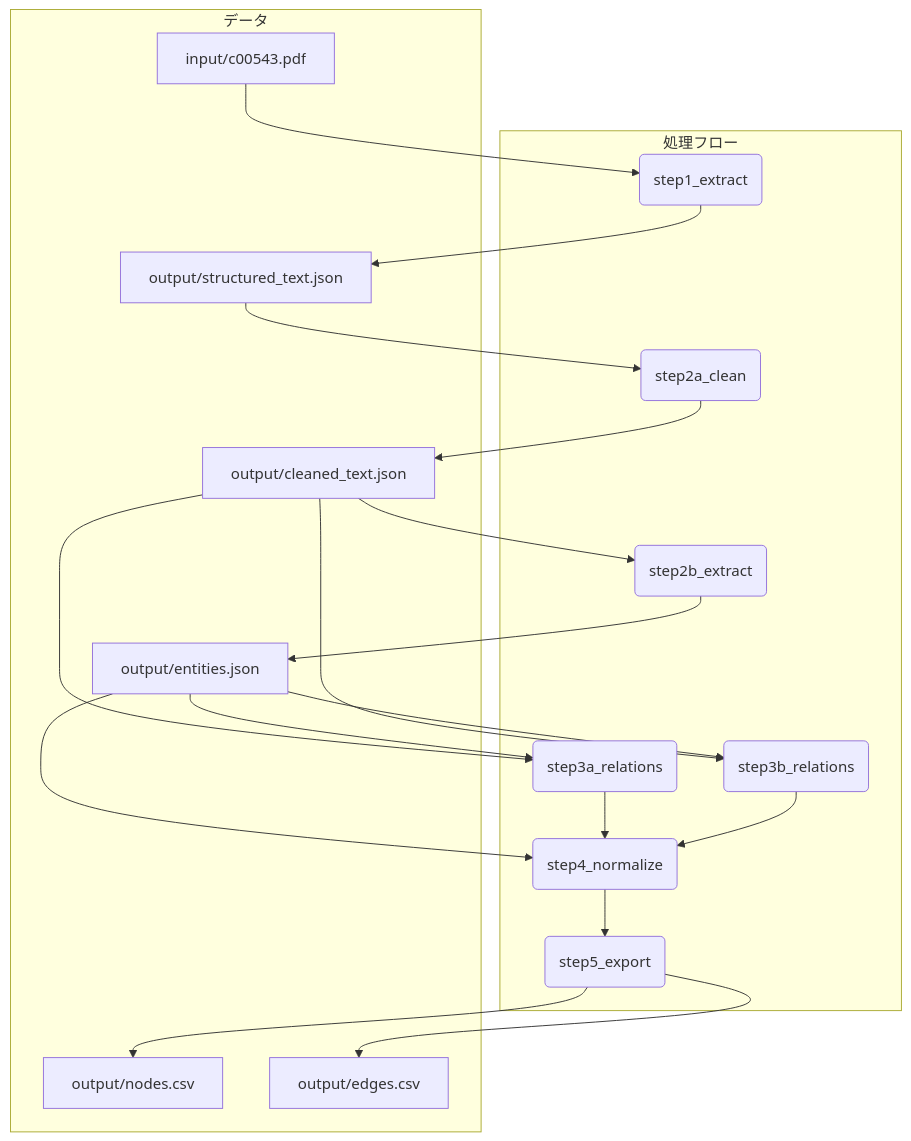
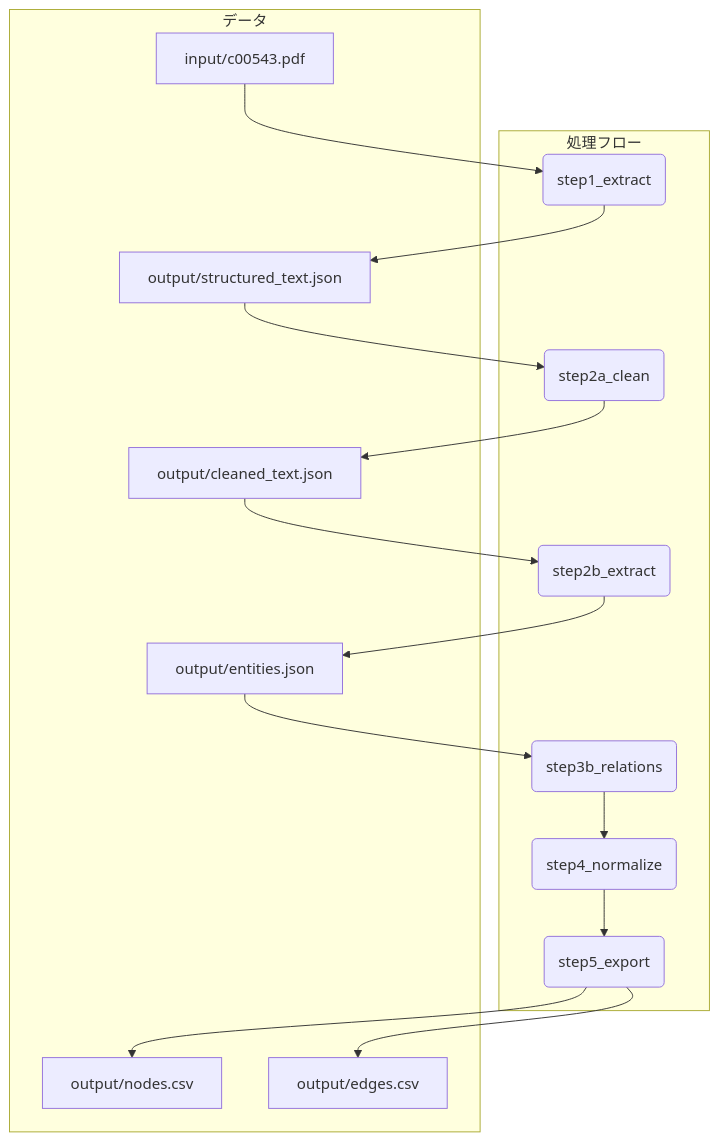
Before and after one commit to fk506cni/med-graph-gen: the diagram in README.md, drawn with Mermaid. The commit also changed other lines of this file and 4 other files, not shown here.

````diff
--- a/README.md
+++ b/README.md
@@ -46,36 +46,30 @@
 ```mermaid
 graph TD;
     A[input/c00543.pdf] --> B(step1_extract.py);
     B --> C[output/structured_text.json];
     C --> D(step2a_clean_text.py);
     D --> E[output/cleaned_text.json];
     E --> F(step2b_extract_entities.py);
     F --> G[output/entities.json];
 
-    E --> H1(step3a_rule_based_relations.py);
-    G --> H1;
-    E --> H2(step3b_llm_based_relations.py);
-    G --> H2;
+    G --> H2(step3b_llm_based_relations.py);
 
-    G --> I(step4_normalize.py);
-    H1 --> I;
-    H2 --> I;
+    H2 --> I(step4_normalize.py);
 
     I --> J(step5_export.py);
     J --> K[output/nodes.csv];
     J --> L[output/edges.csv];
 
     subgraph "処理フロー"
         B(step1_extract)
         D(step2a_clean)
         F(step2b_extract)
-        H1(step3a_relations)
         H2(step3b_relations)
         I(step4_normalize)
         J(step5_export)
     end
 
     subgraph "データ"
         A; C; E; G; K; L;
     end
 ```
````
